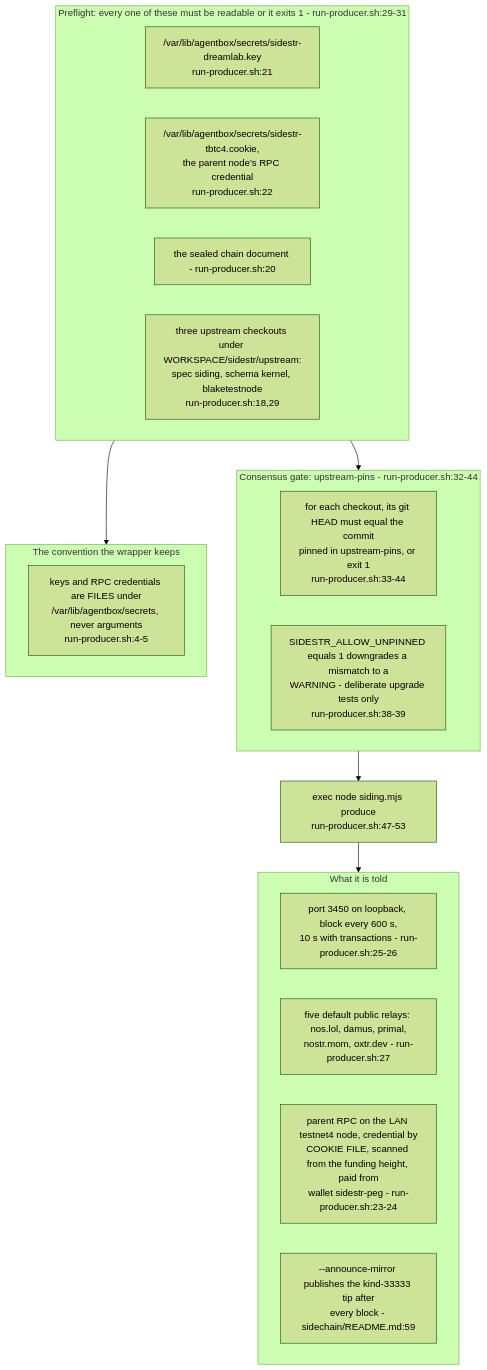
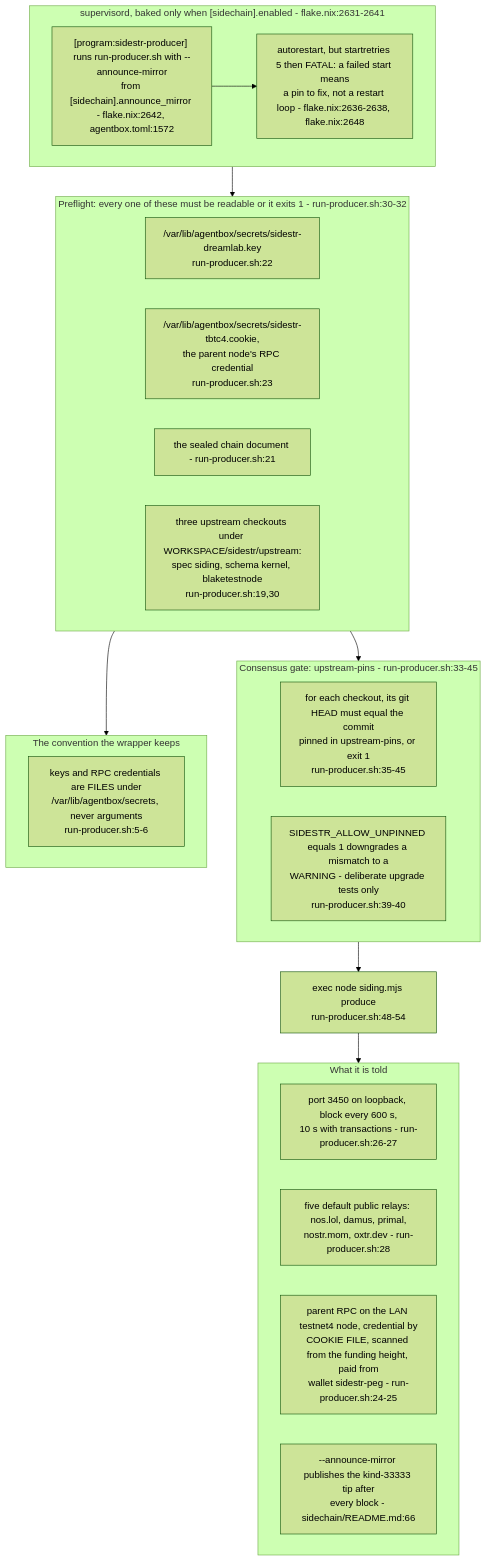
Before and after one commit to DreamLab-AI/VisionFlow: the first of 5 diagrams in docs/diagrams/agentbox/34-sidestr-interim-producer-and-mirror.md, drawn with Mermaid (forest theme). The commit also changed other lines of this file and 94 other files, not shown here.

First line of the commit message:
docs(diagrams): re-verify 130 topics against 2 October HEADs

````diff
--- a/docs/diagrams/agentbox/34-sidestr-interim-producer-and-mirror.md
+++ b/docs/diagrams/agentbox/34-sidestr-interim-producer-and-mirror.md
@@ -34,26 +39,32 @@
 ```mermaid
 flowchart TB
-    subgraph pre["Preflight: every one of these must be readable or it exits 1 - run-producer.sh:29-31"]
-        P1["/var/lib/agentbox/secrets/sidestr-dreamlab.key<br/>run-producer.sh:21"]
-        P2["/var/lib/agentbox/secrets/sidestr-tbtc4.cookie,<br/>the parent node's RPC credential<br/>run-producer.sh:22"]
-        P3["the sealed chain document - run-producer.sh:20"]
-        P4["three upstream checkouts under WORKSPACE/sidestr/upstream:<br/>spec siding, schema kernel, blaketestnode<br/>run-producer.sh:18,29"]
+    subgraph sup["supervisord, baked only when [sidechain].enabled - flake.nix:2631-2641"]
+        SP["[program:sidestr-producer] runs run-producer.sh with --announce-mirror<br/>from [sidechain].announce_mirror - flake.nix:2642, agentbox.toml:1572"]
+        SR["autorestart, but startretries 5 then FATAL: a failed start means<br/>a pin to fix, not a restart loop - flake.nix:2636-2638, flake.nix:2648"]
+        SP --> SR
     end
-    subgraph pins["Consensus gate: upstream-pins - run-producer.sh:32-44"]
-        G1["for each checkout, its git HEAD must equal the commit<br/>pinned in upstream-pins, or exit 1<br/>run-producer.sh:33-44"]
-        G2["SIDESTR_ALLOW_UNPINNED equals 1 downgrades a mismatch to a<br/>WARNING - deliberate upgrade tests only<br/>run-producer.sh:38-39"]
+    subgraph pre["Preflight: every one of these must be readable or it exits 1 - run-producer.sh:30-32"]
+        P1["/var/lib/agentbox/secrets/sidestr-dreamlab.key<br/>run-producer.sh:22"]
+        P2["/var/lib/agentbox/secrets/sidestr-tbtc4.cookie,<br/>the parent node's RPC credential<br/>run-producer.sh:23"]
+        P3["the sealed chain document - run-producer.sh:21"]
+        P4["three upstream checkouts under WORKSPACE/sidestr/upstream:<br/>spec siding, schema kernel, blaketestnode<br/>run-producer.sh:19,30"]
     end
+    subgraph pins["Consensus gate: upstream-pins - run-producer.sh:33-45"]
+        G1["for each checkout, its git HEAD must equal the commit<br/>pinned in upstream-pins, or exit 1<br/>run-producer.sh:35-45"]
+        G2["SIDESTR_ALLOW_UNPINNED equals 1 downgrades a mismatch to a<br/>WARNING - deliberate upgrade tests only<br/>run-producer.sh:39-40"]
+    end
+    sup --> pre
     pre --> pins
-    pins --> EXEC["exec node siding.mjs produce<br/>run-producer.sh:47-53"]
+    pins --> EXEC["exec node siding.mjs produce<br/>run-producer.sh:48-54"]
     subgraph args["What it is told"]
-        A1["port 3450 on loopback, block every 600 s,<br/>10 s with transactions - run-producer.sh:25-26"]
-        A2["five default public relays: nos.lol, damus, primal,<br/>nostr.mom, oxtr.dev - run-producer.sh:27"]
-        A3["parent RPC on the LAN testnet4 node, credential by<br/>COOKIE FILE, scanned from the funding height, paid from<br/>wallet sidestr-peg - run-producer.sh:23-24"]
-        A4["--announce-mirror publishes the kind-33333 tip after<br/>every block - sidechain/README.md:59"]
+        A1["port 3450 on loopback, block every 600 s,<br/>10 s with transactions - run-producer.sh:26-27"]
+        A2["five default public relays: nos.lol, damus, primal,<br/>nostr.mom, oxtr.dev - run-producer.sh:28"]
+        A3["parent RPC on the LAN testnet4 node, credential by<br/>COOKIE FILE, scanned from the funding height, paid from<br/>wallet sidestr-peg - run-producer.sh:24-25"]
+        A4["--announce-mirror publishes the kind-33333 tip after<br/>every block - sidechain/README.md:66"]
     end
     EXEC --> args
     subgraph rule["The convention the wrapper keeps"]
-        R["keys and RPC credentials are FILES under<br/>/var/lib/agentbox/secrets, never arguments<br/>run-producer.sh:4-5"]
+        R["keys and RPC credentials are FILES under<br/>/var/lib/agentbox/secrets, never arguments<br/>run-producer.sh:5-6"]
     end
     pre --> rule
 ```
````
